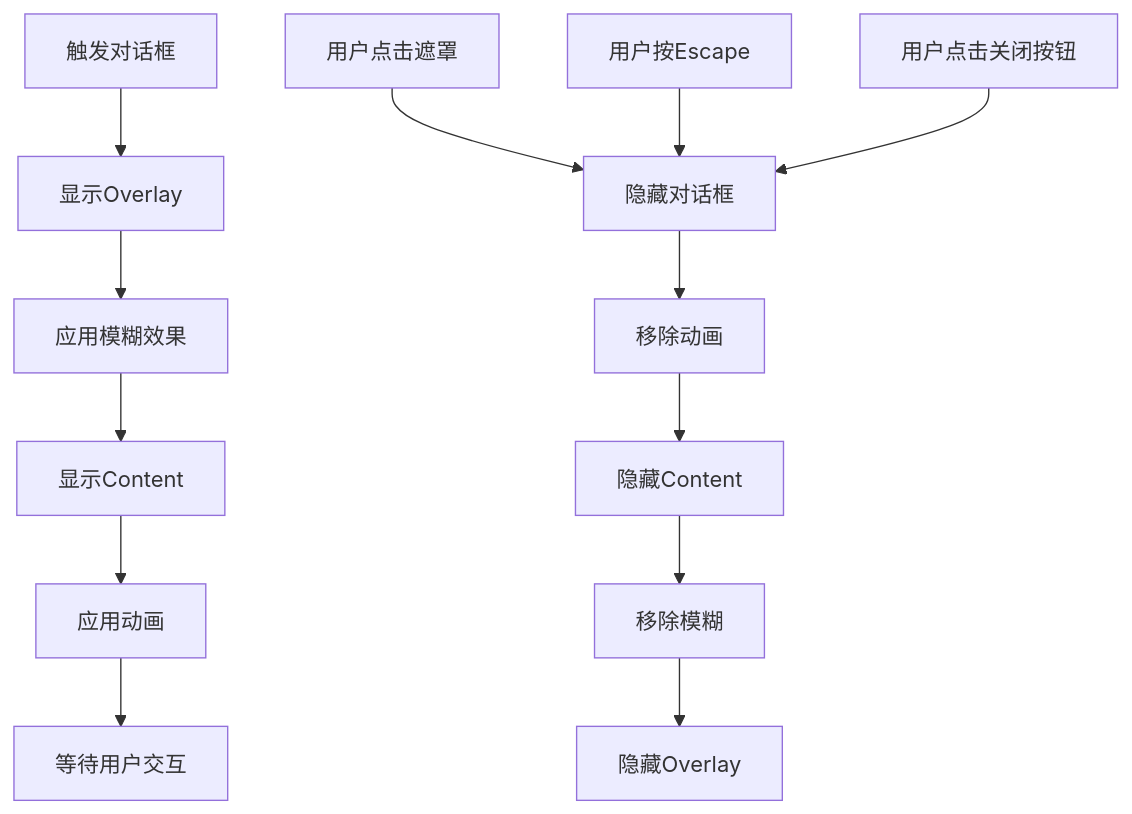
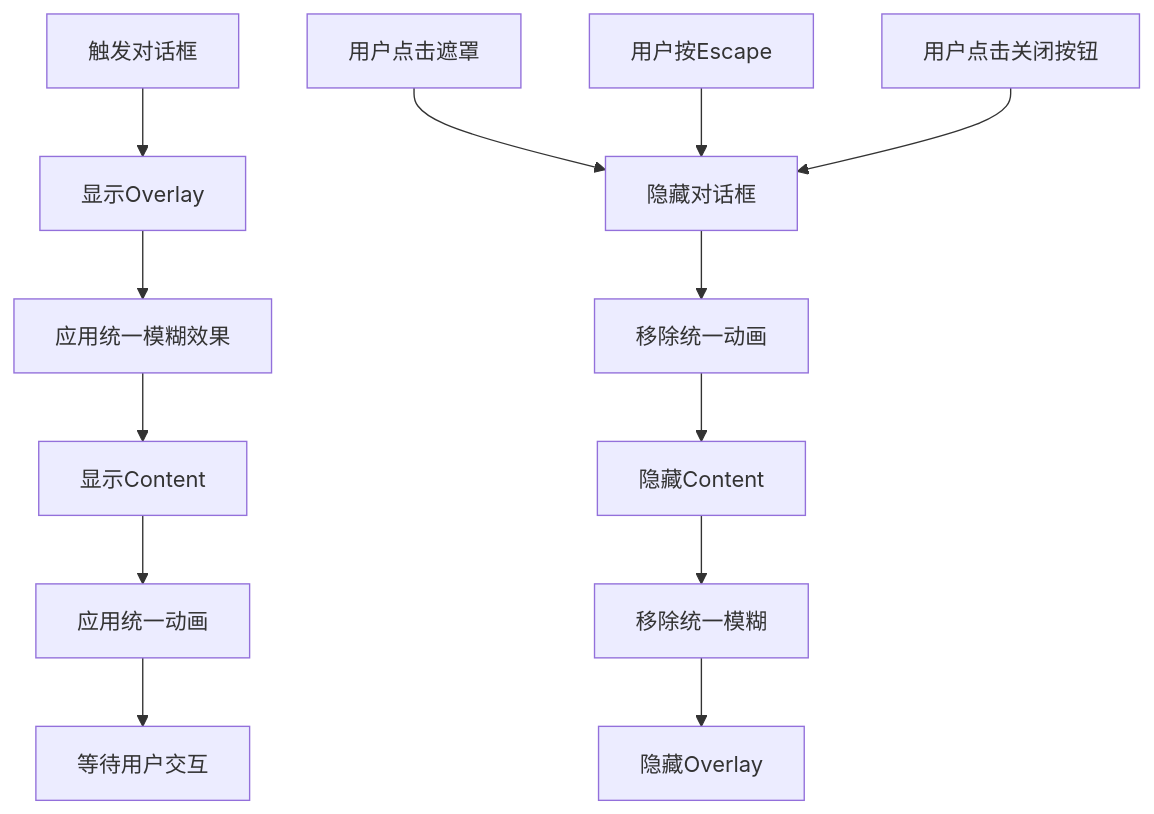
The seventh of 10 diagrams in .qoder/repowiki/zh/content/前端组件/Apple Liquid Glass UI组件系统.md (RadiumAg/AIGate), drawn with Mermaid before and after one commit. The commit also changed other lines of this file and 2 other files, not shown here.

First line of the commit message:
docs(dashboard): 更新企业级仪表板系统文档及区域热力图优化

````diff
--- a/.qoder/repowiki/zh/content/前端组件/Apple Liquid Glass UI组件系统.md
+++ b/.qoder/repowiki/zh/content/前端组件/Apple Liquid Glass UI组件系统.md
@@ -518,15 +549,15 @@
 ```mermaid
 flowchart TD
 A[触发对话框] --> B[显示Overlay]
-B --> C[应用模糊效果]
+B --> C[应用统一模糊效果]
 C --> D[显示Content]
-D --> E[应用动画]
+D --> E[应用统一动画]
 E --> F[等待用户交互]
 G[用户点击遮罩] --> H[隐藏对话框]
 I[用户按Escape] --> H
 J[用户点击关闭按钮] --> H
-H --> K[移除动画]
+H --> K[移除统一动画]
 K --> L[隐藏Content]
-L --> M[移除模糊]
+L --> M[移除统一模糊]
 M --> N[隐藏Overlay]
 ```
````
